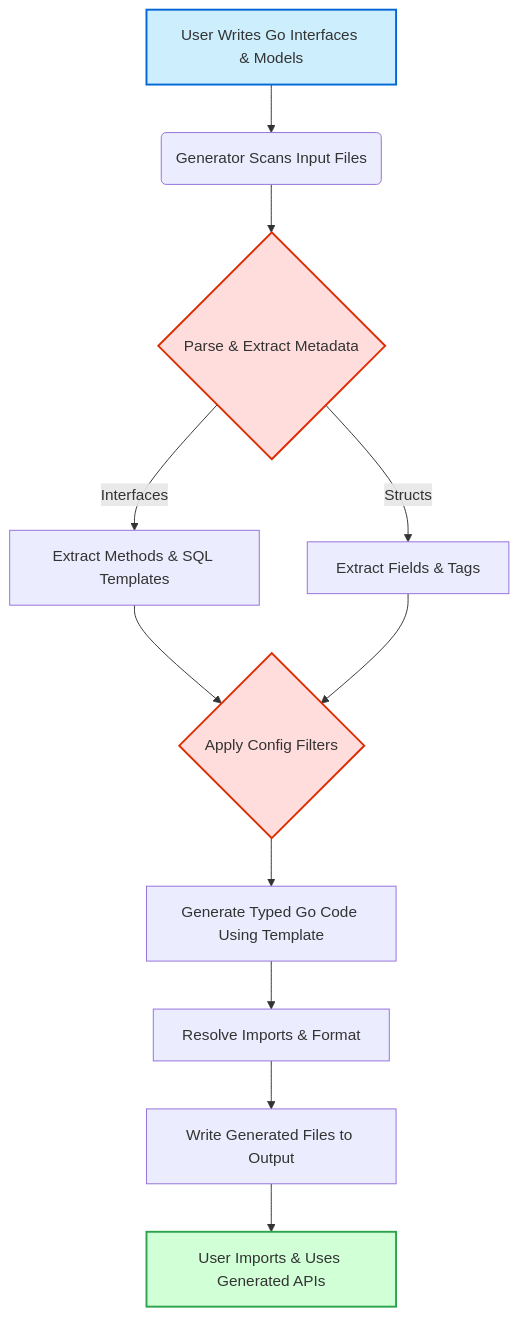
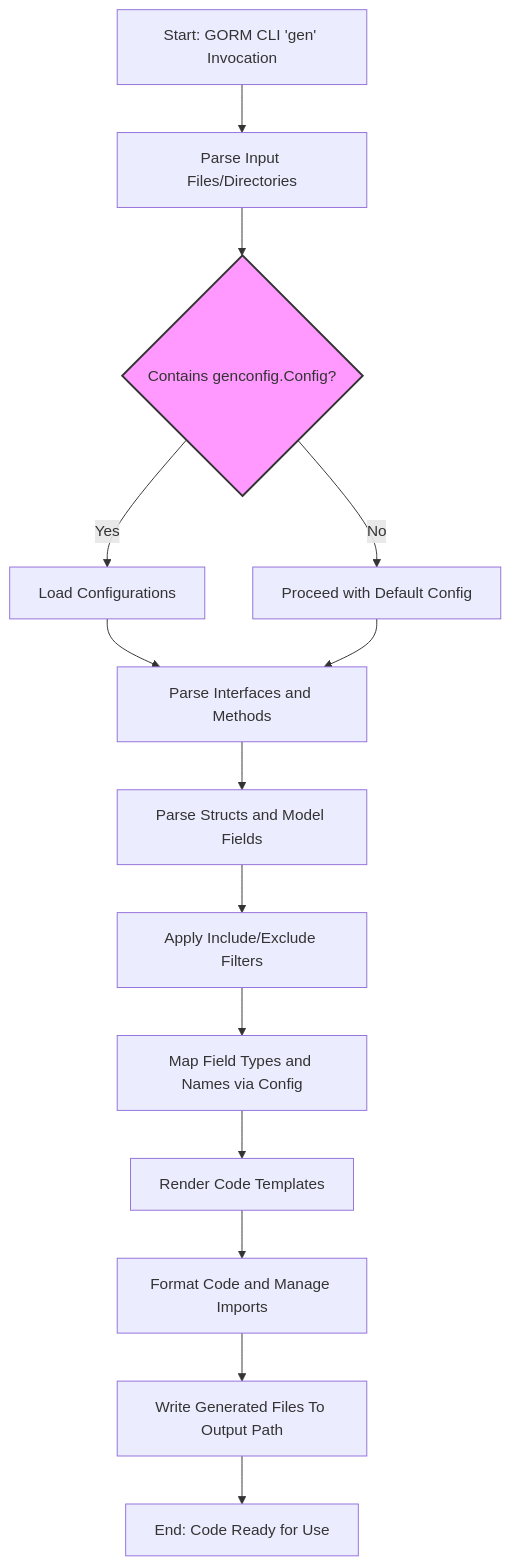
The diagram in concepts/architecture-overview/generation-workflow.mdx (clidey/docucod-public-project-3a0e48a9-6b86-4d21-a930-072fe9723c66), drawn with Mermaid before and after one commit. The commit also changed other lines of this file and 30 other files, not shown here.

````diff
--- a/concepts/architecture-overview/generation-workflow.mdx
+++ b/concepts/architecture-overview/generation-workflow.mdx
@@ -168,18 +155,20 @@
 ```mermaid
 flowchart TD
-    A[User Writes Go Interfaces & Models] --> B(Generator Scans Input Files)
-    B --> C{Parse & Extract Metadata}
-    C --> |Interfaces| D[Extract Methods & SQL Templates]
-    C --> |Structs| E[Extract Fields & Tags]
-    D --> F{Apply Config Filters}
-    E --> F
-    F --> G[Generate Typed Go Code Using Template]
-    G --> H[Resolve Imports & Format]
-    H --> I[Write Generated Files to Output]
-    I --> J[User Imports & Uses Generated APIs]
+  A[Start: GORM CLI 'gen' Invocation] --> B[Parse Input Files/Directories]
+  B --> C{Contains genconfig.Config?}
+  C -->|Yes| D[Load Configurations]
+  C -->|No| E[Proceed with Default Config]
+  D --> F[Parse Interfaces and Methods]
+  E --> F
+  F --> G[Parse Structs and Model Fields]
+  G --> H[Apply Include/Exclude Filters]
+  H --> I[Map Field Types and Names via Config]
+  I --> J[Render Code Templates]
+  J --> K[Format Code and Manage Imports]
+  K --> L[Write Generated Files To Output Path]
+  L --> M[End: Code Ready for Use]
 
-    style A fill:#cdeffd,stroke:#0366d6,stroke-width:2px
-    style J fill:#d1ffd6,stroke:#2ba44d,stroke-width:2px
-    classDef decision fill:#fdd,stroke:#dd2c00,stroke-width:2px
-    class C,F decision
+  %% Styling
+  classDef decision fill:#f9f,stroke:#333,stroke-width:2px;
+  class C decision;
 ```
````
